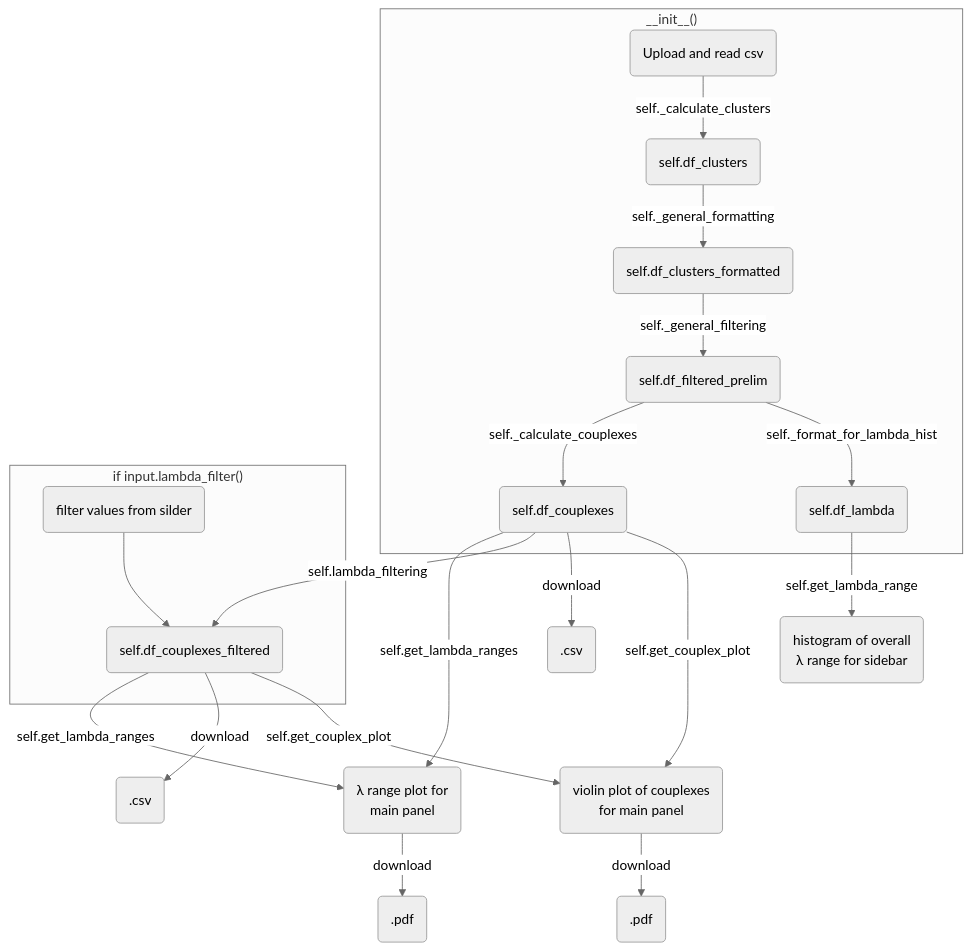
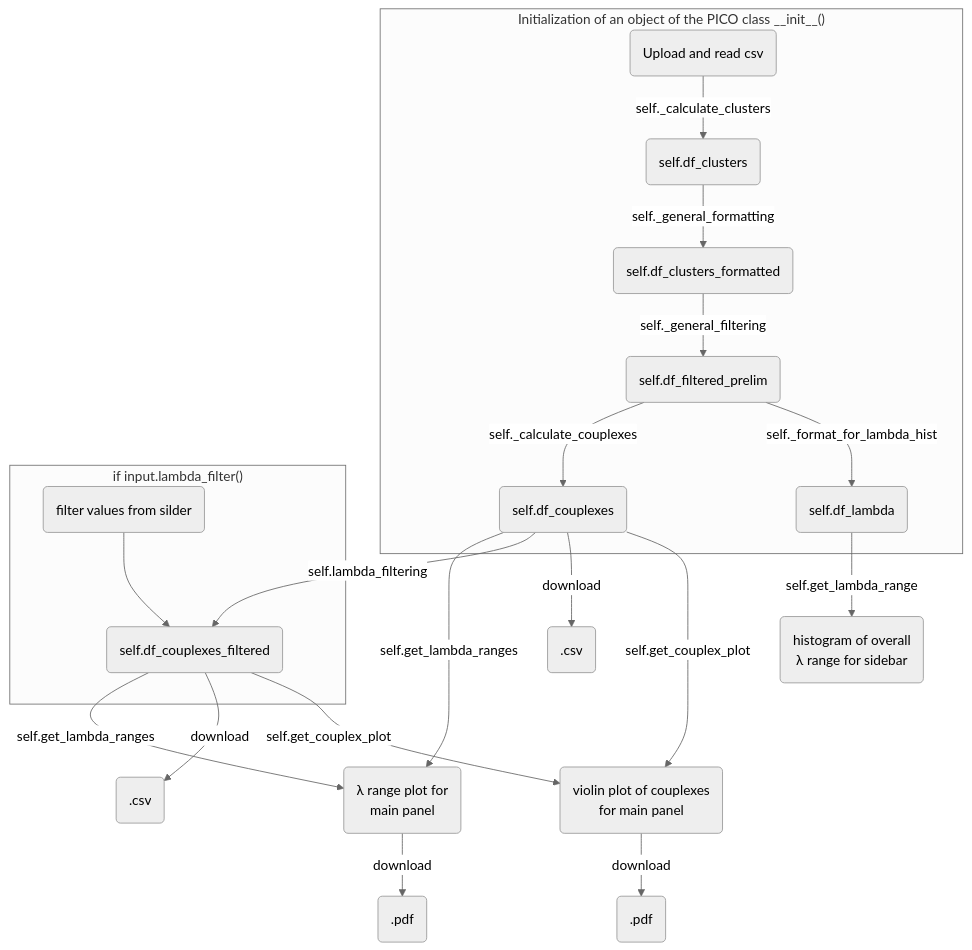
One commit to LangeTo/calculations-pico changed the diagram in README.md. Above: the diagram before and after it, drawn with Mermaid (neutral theme). The commit also changed other lines of this file and 4 other files, not shown here.

````diff
--- a/README.md
+++ b/README.md
@@ -17,28 +18,28 @@
 ```mermaid
 graph TD;
 %% classDef sub opacity:0.5
 %% classDef note stroke:none
-    subgraph init ["__init__()"]
+    subgraph init ["Initialization of an object of the PICO class __init__()"]
         A(Upload and read csv)-->|self._calculate_clusters|B(self.df_clusters);
         B-->|self._general_formatting|C(self.df_clusters_formatted);
         C-->|self._general_filtering|D(self.df_filtered_prelim);
         D-->|self._format_for_lambda_hist|E(self.df_lambda);
         D-->|self._calculate_couplexes|G(self.df_couplexes);
     end
         E-->|self.get_lambda_range|F(histogram of overall\nλ range for sidebar);
         G-->|self.get_couplex_plot|H(violin plot of couplexes\nfor main panel)
         J-->|self.get_couplex_plot|H
         H-->|download|K(.pdf)
         G-->|download|L(.csv)
         J-->|download|M(.csv)
     subgraph lambda ["if input.lambda_filter()"]
         G-->|self.lambda_filtering|J(self.df_couplexes_filtered)
         I(filter values from silder)-->J
     end
     G-->|self.get_lambda_ranges|N(λ range plot for\nmain panel)
     J-->|self.get_lambda_ranges|N
     N-->|download|O(.pdf)
 
 
     %% class noteA note   
 ```
````
